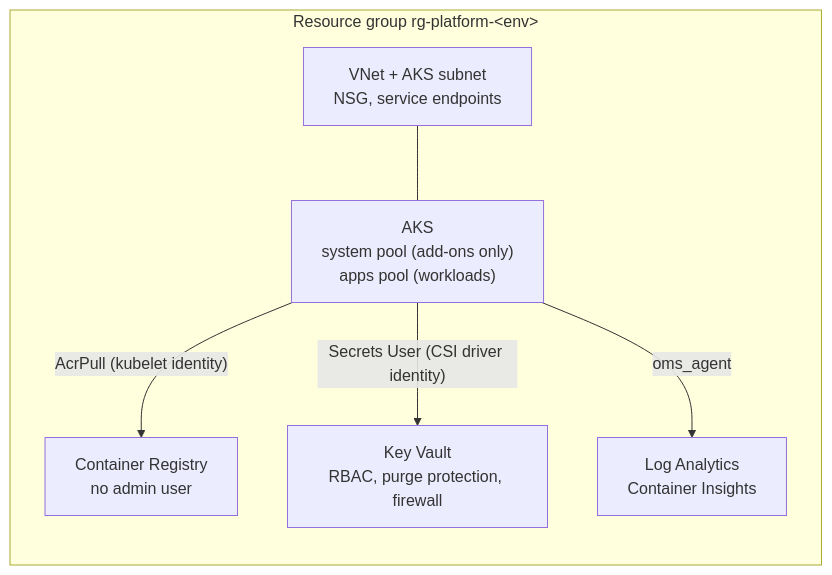
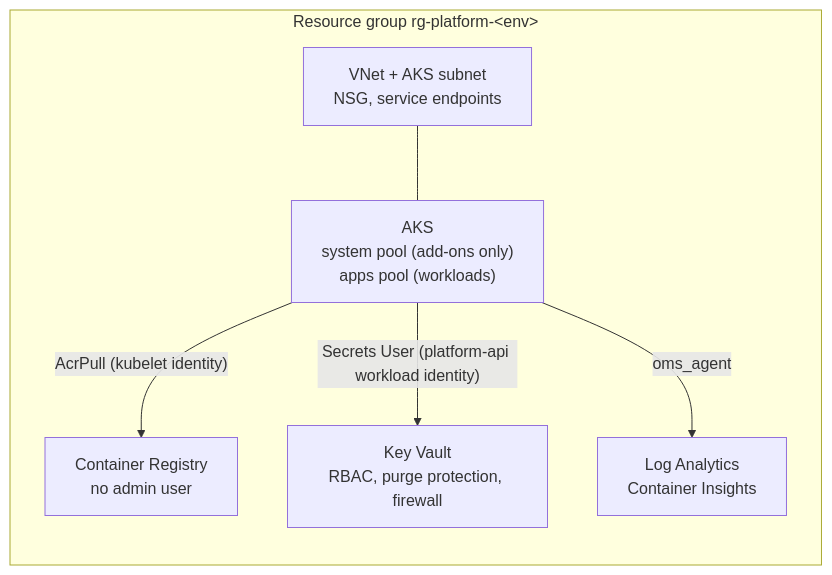
Before and after one commit to imran-basha-data/cloud-platform-automation: the diagram in terraform/README.md, drawn with Mermaid. The commit also changed other lines of this file and 8 other files, not shown here.

First line of the commit message:
fix: pre-create AKS identities and use workload identity for Key Vault

````diff
--- a/terraform/README.md
+++ b/terraform/README.md
@@ -7,14 +7,14 @@
 ```mermaid
 flowchart LR
     subgraph RG["Resource group rg-platform-&lt;env&gt;"]
         VNET["VNet + AKS subnet<br/>NSG, service endpoints"]
         AKS["AKS<br/>system pool (add-ons only)<br/>apps pool (workloads)"]
         ACR["Container Registry<br/>no admin user"]
         KV["Key Vault<br/>RBAC, purge protection, firewall"]
         LAW["Log Analytics<br/>Container Insights"]
     end
     AKS -- "AcrPull (kubelet identity)" --> ACR
-    AKS -- "Secrets User (CSI driver identity)" --> KV
+    AKS -- "Secrets User (platform-api workload identity)" --> KV
     AKS -- "oms_agent" --> LAW
     VNET --- AKS
 ```
````
